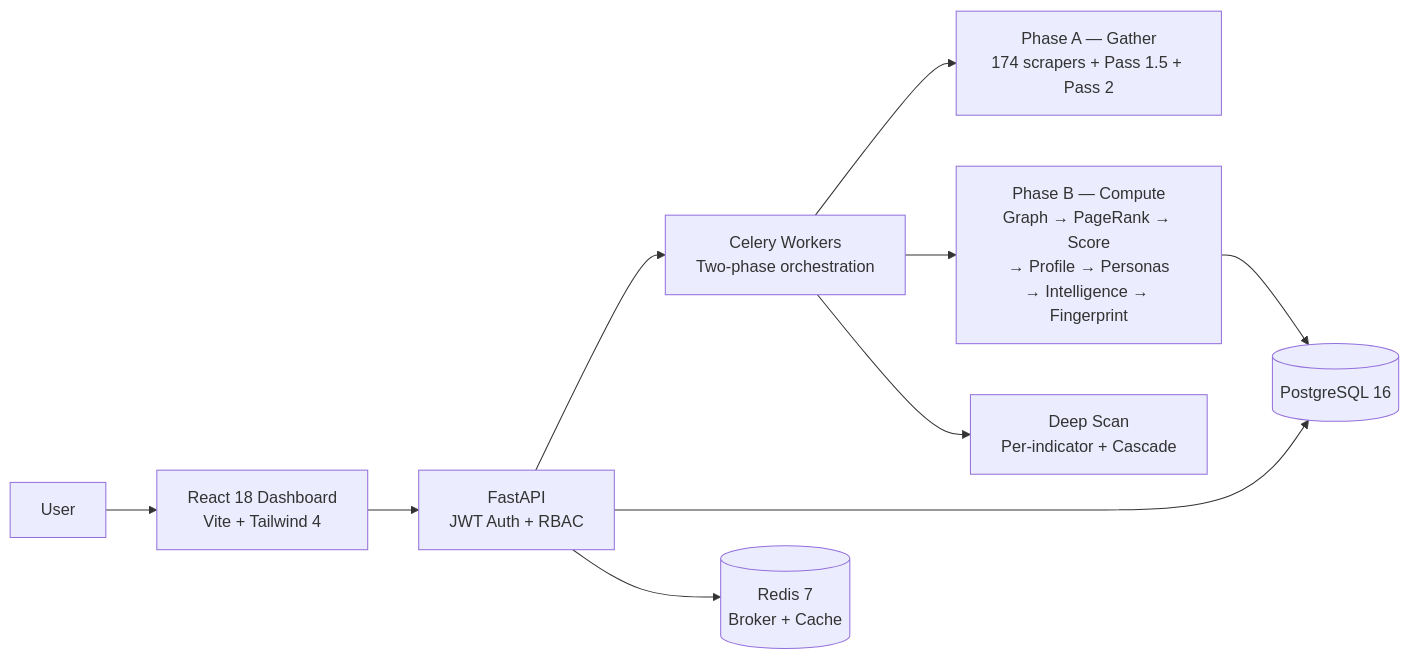
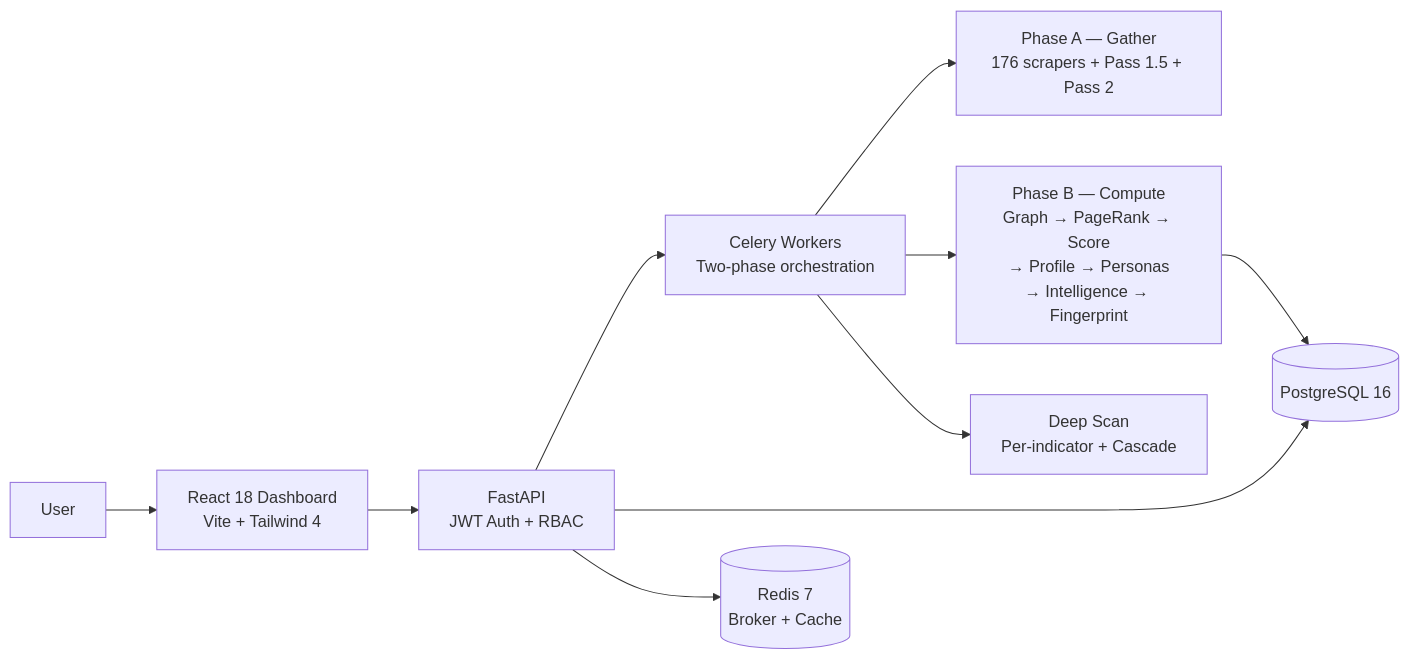
One commit to nabz0r/xposeTIP changed the diagram in README.md. Above: the diagram before and after it, drawn with Mermaid. The commit also changed other lines of this file and 3 other files, not shown here.

````diff
--- a/README.md
+++ b/README.md
@@ -117,12 +117,12 @@
 ```mermaid
 graph LR
     U[User] --> R[React 18 Dashboard<br/>Vite + Tailwind 4]
     R --> A[FastAPI<br/>JWT Auth + RBAC]
     A --> C[Celery Workers<br/>Two-phase orchestration]
     A --> PG[(PostgreSQL 16)]
     A --> RD[(Redis 7<br/>Broker + Cache)]
-    C --> P1[Phase A — Gather<br/>174 scrapers + Pass 1.5 + Pass 2]
+    C --> P1[Phase A — Gather<br/>176 scrapers + Pass 1.5 + Pass 2]
     C --> P2[Phase B — Compute<br/>Graph → PageRank → Score<br/>→ Profile → Personas<br/>→ Intelligence → Fingerprint]
     P2 --> PG
     C --> DS[Deep Scan<br/>Per-indicator + Cascade]
 ```
````
